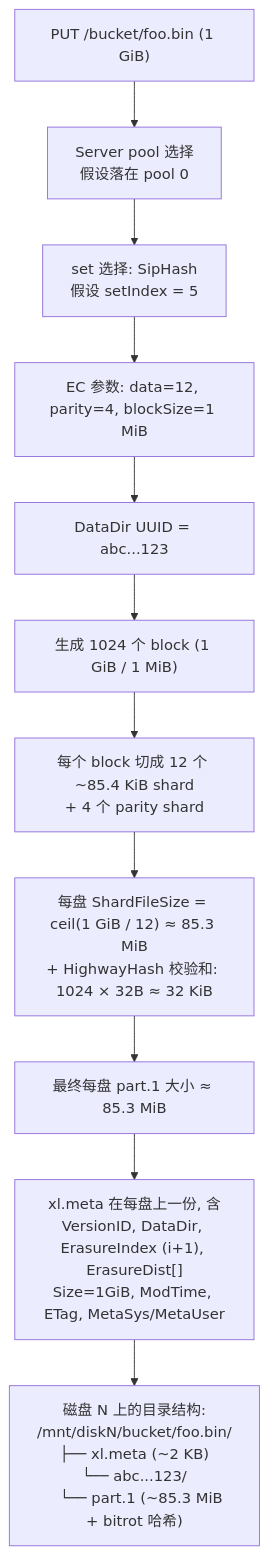
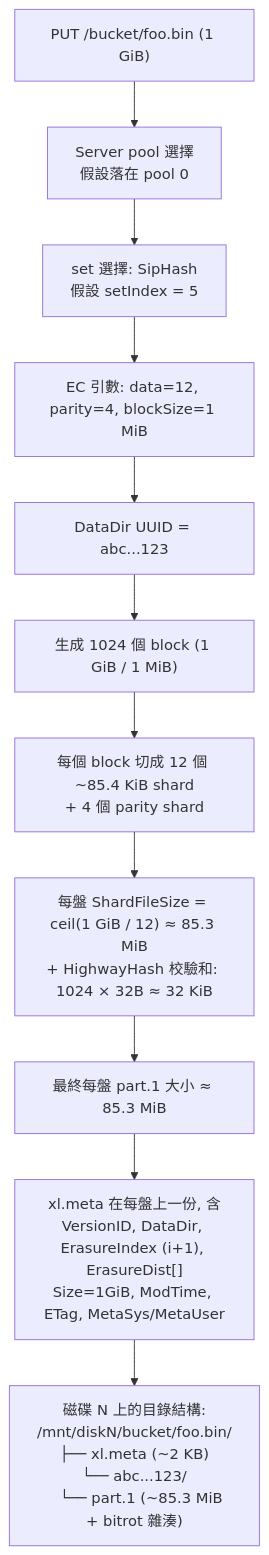
One commit to cysu01/minio changed the eighth of 8 diagrams in repo-analysis/drafts/06-module-storage-erasure.md. Above: the diagram before and after it, drawn with Mermaid. The commit also changed other lines of this file and 14 other files, not shown here.

````diff
--- a/repo-analysis/drafts/06-module-storage-erasure.md
+++ b/repo-analysis/drafts/06-module-storage-erasure.md
@@ -768,13 +768,13 @@
 ```mermaid
 flowchart TD
-    A["PUT /bucket/foo.bin (1 GiB)"] --> B["Server pool 选择<br/>假设落在 pool 0"]
-    B --> C["set 选择: SipHash<br/>假设 setIndex = 5"]
-    C --> D["EC 参数: data=12, parity=4, blockSize=1 MiB"]
+    A["PUT /bucket/foo.bin (1 GiB)"] --> B["Server pool 選擇<br/>假設落在 pool 0"]
+    B --> C["set 選擇: SipHash<br/>假設 setIndex = 5"]
+    C --> D["EC 引數: data=12, parity=4, blockSize=1 MiB"]
     D --> E["DataDir UUID = abc...123"]
-    E --> F["生成 1024 个 block (1 GiB / 1 MiB)"]
-    F --> G["每个 block 切成 12 个 ~85.4 KiB shard<br/>+ 4 个 parity shard"]
-    G --> H["每盘 ShardFileSize = ceil(1 GiB / 12) ≈ 85.3 MiB<br/>+ HighwayHash 校验和: 1024 × 32B ≈ 32 KiB"]
-    H --> I["最终每盘 part.1 大小 ≈ 85.3 MiB"]
-    I --> J["xl.meta 在每盘上一份, 含<br/>VersionID, DataDir, ErasureIndex (i+1), ErasureDist[]<br/>Size=1GiB, ModTime, ETag, MetaSys/MetaUser"]
-    J --> K["磁盘 N 上的目录结构:<br/>/mnt/diskN/bucket/foo.bin/<br/>├── xl.meta (~2 KB)<br/>└── abc...123/<br/>    └── part.1 (~85.3 MiB + bitrot 哈希)"]
+    E --> F["生成 1024 個 block (1 GiB / 1 MiB)"]
+    F --> G["每個 block 切成 12 個 ~85.4 KiB shard<br/>+ 4 個 parity shard"]
+    G --> H["每盤 ShardFileSize = ceil(1 GiB / 12) ≈ 85.3 MiB<br/>+ HighwayHash 校驗和: 1024 × 32B ≈ 32 KiB"]
+    H --> I["最終每盤 part.1 大小 ≈ 85.3 MiB"]
+    I --> J["xl.meta 在每盤上一份, 含<br/>VersionID, DataDir, ErasureIndex (i+1), ErasureDist[]<br/>Size=1GiB, ModTime, ETag, MetaSys/MetaUser"]
+    J --> K["磁碟 N 上的目錄結構:<br/>/mnt/diskN/bucket/foo.bin/<br/>├── xl.meta (~2 KB)<br/>└── abc...123/<br/>    └── part.1 (~85.3 MiB + bitrot 雜湊)"]
 ```
````
